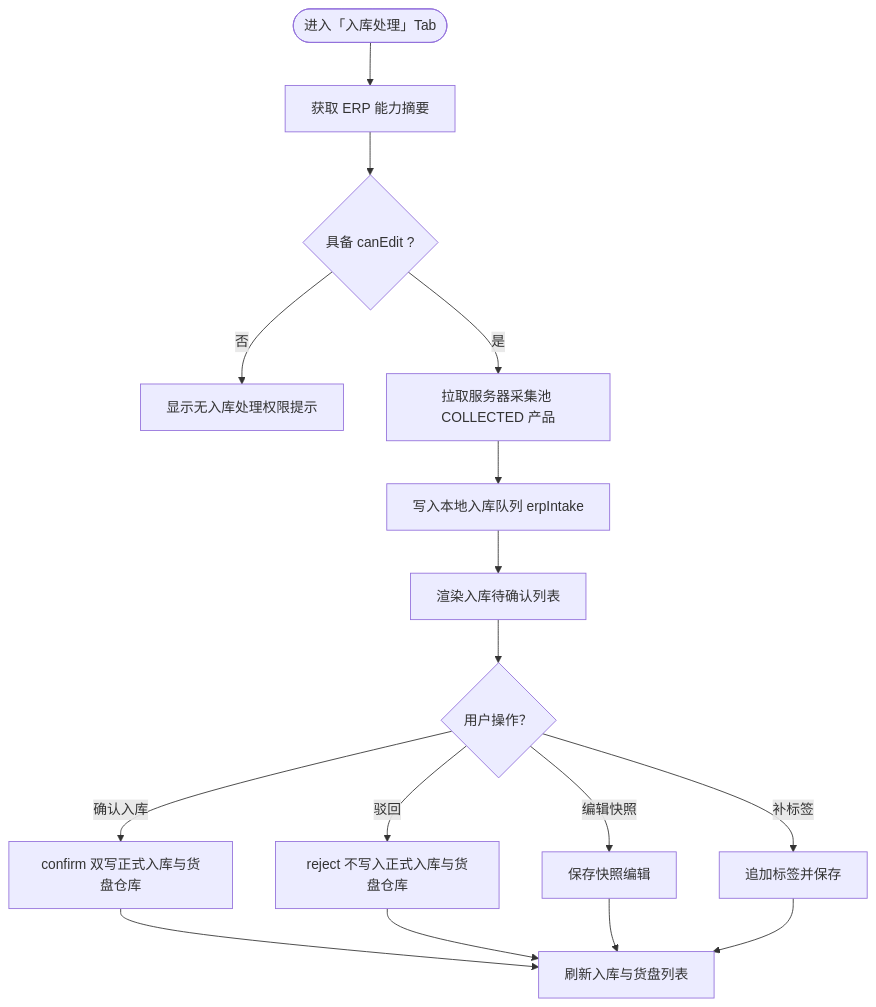
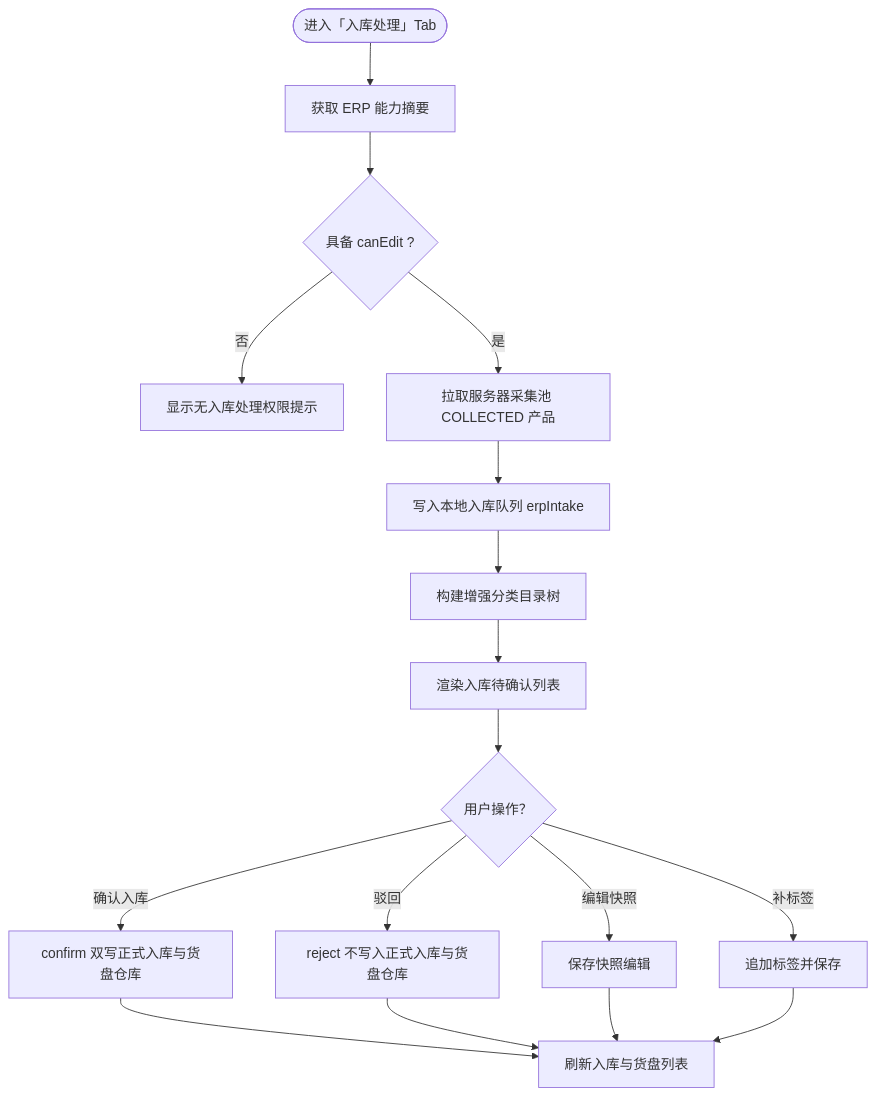
Before and after one commit to iljahofbauer219-lang/yandu: the third of 9 diagrams in .qoder/repowiki/zh/content/用户界面组件/托盘仓库管理界面.md, drawn with Mermaid. The commit also changed other lines of this file and 22 other files, not shown here.

````diff
--- a/.qoder/repowiki/zh/content/用户界面组件/托盘仓库管理界面.md
+++ b/.qoder/repowiki/zh/content/用户界面组件/托盘仓库管理界面.md
@@ -150,18 +172,19 @@
 ```mermaid
 flowchart TD
 Start(["进入「入库处理」Tab"]) --> LoadCaps["获取 ERP 能力摘要"]
 LoadCaps --> CanEdit{"具备 canEdit ?"}
 CanEdit --> |否| ShowNoPerm["显示无入库处理权限提示"]
 CanEdit --> |是| FetchCollected["拉取服务器采集池 COLLECTED 产品"]
 FetchCollected --> IntakeToInbound["写入本地入库队列 erpIntake"]
-IntakeToInbound --> RenderInbound["渲染入库待确认列表"]
+IntakeToInbound --> BuildCatalog["构建增强分类目录树"]
+BuildCatalog --> RenderInbound["渲染入库待确认列表"]
 RenderInbound --> UserAction{"用户操作？"}
 UserAction --> |编辑快照| PatchSnapshot["保存快照编辑"]
 UserAction --> |补标签| AddTag["追加标签并保存"]
 UserAction --> |确认入库| ConfirmInbound["confirm 双写正式入库与货盘仓库"]
 UserAction --> |驳回| RejectInbound["reject 不写入正式入库与货盘仓库"]
 ConfirmInbound --> RefreshLists["刷新入库与货盘列表"]
 RejectInbound --> RefreshLists
 PatchSnapshot --> RefreshLists
 AddTag --> RefreshLists
 ```
````
